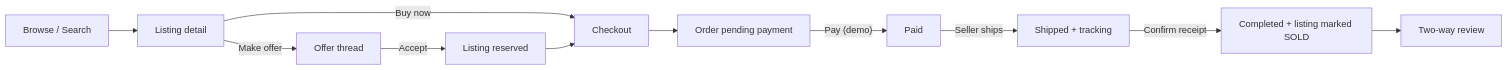
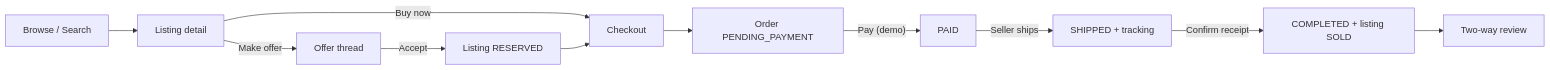
Before and after one commit to hannnnnnnny/ReNova-Second-Hand-C2C-Marketplace: the diagram in README.md, drawn with Mermaid. The commit also changed other lines of this file, not shown here.

````diff
--- a/README.md
+++ b/README.md
@@ -54,13 +247,13 @@
 ```mermaid
 flowchart LR
   Browse[Browse / Search] --> Detail[Listing detail]
   Detail -- Make offer --> Offer[Offer thread]
-  Offer -- Accept --> Reserve[Listing reserved]
-  Detail -- Buy now --> Checkout[Checkout]
+  Offer -- Accept --> Reserve[Listing RESERVED]
+  Detail -- Buy now --> Checkout
   Reserve --> Checkout
-  Checkout --> Pending[Order pending payment]
-  Pending -- Pay (demo) --> Paid[Paid]
-  Paid -- Seller ships --> Shipped[Shipped + tracking]
-  Shipped -- Confirm receipt --> Done[Completed + listing marked SOLD]
+  Checkout --> Pending[Order PENDING_PAYMENT]
+  Pending -- Pay (demo) --> Paid[PAID]
+  Paid -- Seller ships --> Shipped[SHIPPED + tracking]
+  Shipped -- Confirm receipt --> Done[COMPLETED + listing SOLD]
   Done --> Review[Two-way review]
 ```
````
